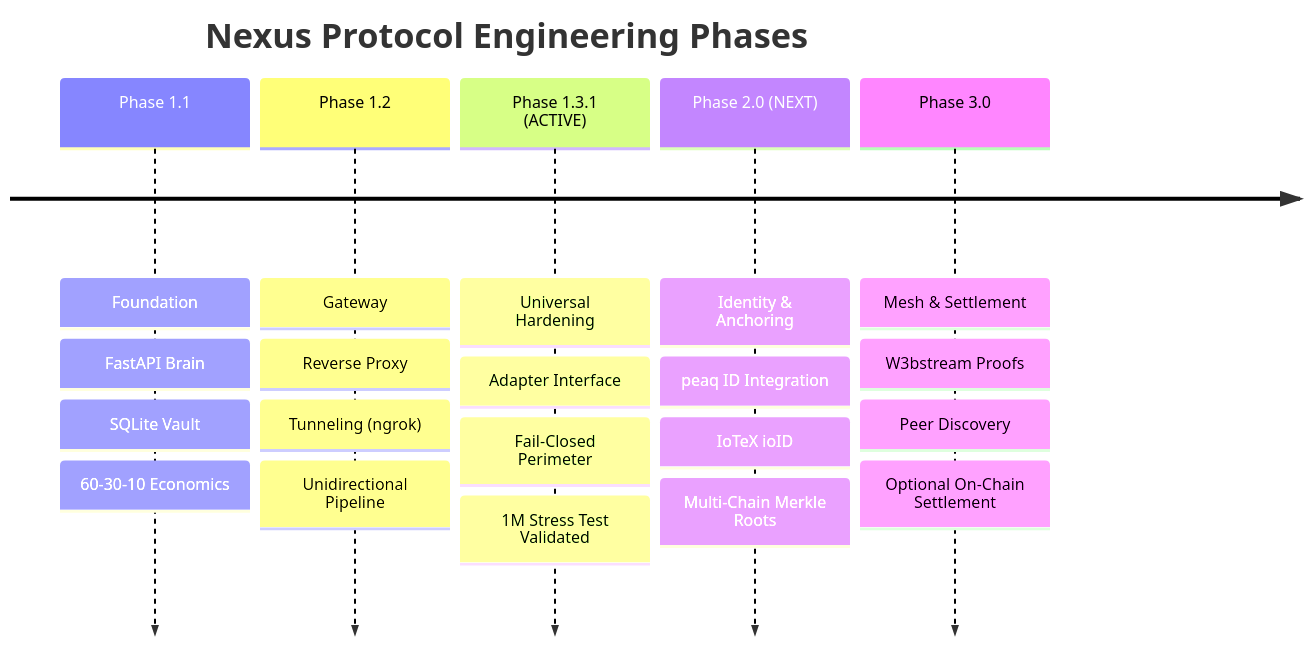
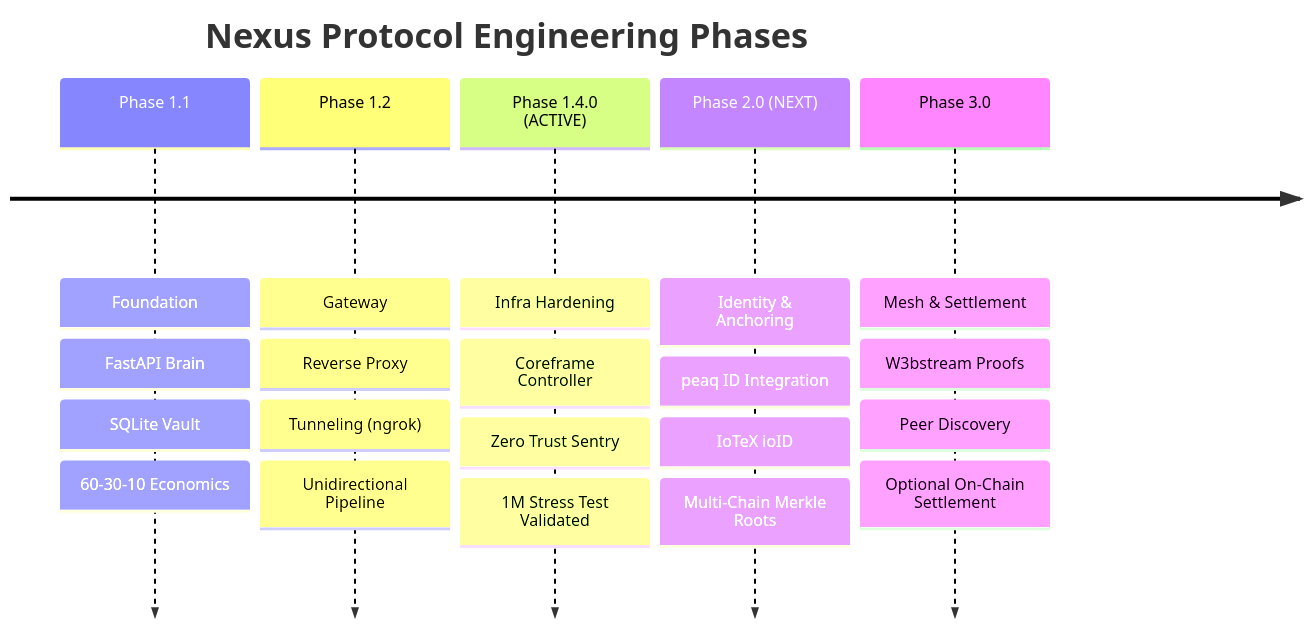
Before and after one commit to arhantbarmate/nexus-core: the diagram in docs/ROADMAP.md, drawn with Mermaid. The commit also changed other lines of this file and 225 other files, not shown here.

````diff
--- a/docs/ROADMAP.md
+++ b/docs/ROADMAP.md
@@ -15,9 +16,9 @@
 ```mermaid
 timeline
     title Nexus Protocol Engineering Phases
     Phase 1.1 : Foundation : FastAPI Brain : SQLite Vault : 60-30-10 Economics
     Phase 1.2 : Gateway : Reverse Proxy : Tunneling (ngrok) : Unidirectional Pipeline
-    Phase 1.3.1 (ACTIVE) : Universal Hardening : Adapter Interface : Fail-Closed Perimeter : 1M Stress Test Validated
+    Phase 1.4.0 (ACTIVE) : Infra Hardening : Coreframe Controller : Zero Trust Sentry : 1M Stress Test Validated
     Phase 2.0 (NEXT) : Identity & Anchoring : peaq ID Integration : IoTeX ioID : Multi-Chain Merkle Roots
     Phase 3.0 : Mesh & Settlement : W3bstream Proofs : Peer Discovery : Optional On-Chain Settlement
 ```
````
